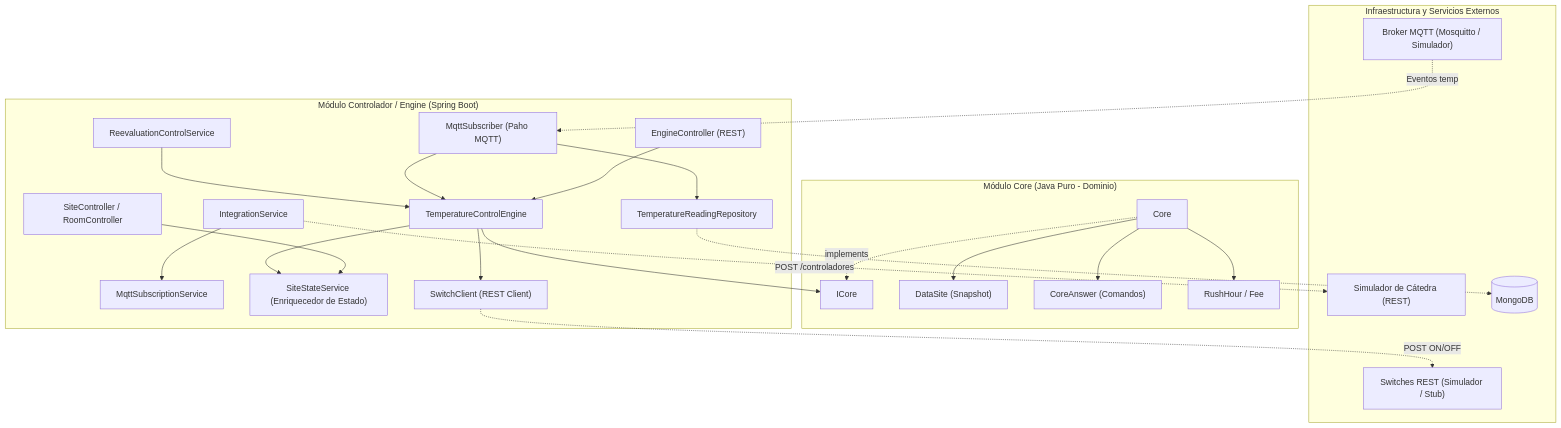
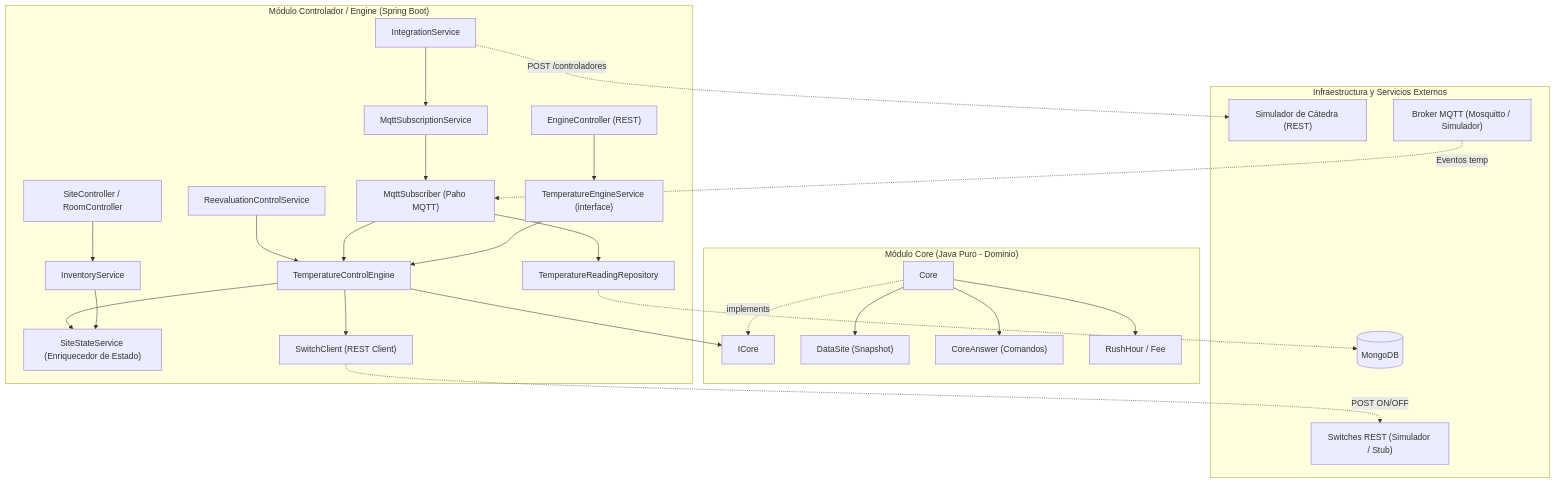
The first of 6 diagrams in docs/arquitectura/4mas1.md (walterlarrea/IISS-2026-grupo-2), drawn with Mermaid before and after one commit. The commit also changed other lines of this file, not shown here.

````diff
--- a/docs/arquitectura/4mas1.md
+++ b/docs/arquitectura/4mas1.md
@@ -27,48 +27,53 @@
 ```mermaid
 graph TD
     subgraph Core ["Módulo Core (Java Puro - Dominio)"]
         ICore["ICore"]
         CoreImpl["Core"]
         DataSite["DataSite (Snapshot)"]
         CoreAnswer["CoreAnswer (Comandos)"]
         RushHour["RushHour / Fee"]
         CoreImpl -.->|implements| ICore
         CoreImpl --> DataSite
         CoreImpl --> RushHour
         CoreImpl --> CoreAnswer
     end
 
     subgraph Engine ["Módulo Controlador / Engine (Spring Boot)"]
         EngineCtrl["EngineController (REST)"]
+        EngineSvc["TemperatureEngineService (interface)"]
         SiteCtrl["SiteController / RoomController"]
         IntService["IntegrationService"]
+        InvSvc["InventoryService"]
         MqttSub["MqttSubscriber (Paho MQTT)"]
         MqttSync["MqttSubscriptionService"]
         Reeval["ReevaluationControlService"]
         TempAuto["TemperatureControlEngine"]
         SiteState["SiteStateService (Enriquecedor de Estado)"]
         SwitchCli["SwitchClient (REST Client)"]
         MongoRepo["TemperatureReadingRepository"]
-        EngineCtrl --> TempAuto
-        SiteCtrl --> SiteState
+        EngineCtrl --> EngineSvc
+        EngineSvc --> TempAuto
+        SiteCtrl --> InvSvc
+        InvSvc --> SiteState
         IntService --> MqttSync
+        MqttSync --> MqttSub
         MqttSub --> MongoRepo
         MqttSub --> TempAuto
         Reeval --> TempAuto
         TempAuto --> SiteState
         TempAuto --> ICore
         TempAuto --> SwitchCli
     end
 
     subgraph Infra ["Infraestructura y Servicios Externos"]
         Simulator["Simulador de Cátedra (REST)"]
         Broker["Broker MQTT (Mosquitto / Simulador)"]
         Switches["Switches REST (Simulador / Stub)"]
         MongoDB[("MongoDB")]
     end
 
     IntService -.->|POST /controladores| Simulator
     Broker -.->|Eventos temp| MqttSub
     SwitchCli -.->|POST ON/OFF| Switches
     MongoRepo -.-> MongoDB
 ```
````
